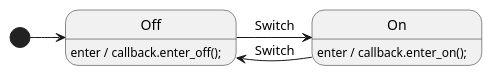
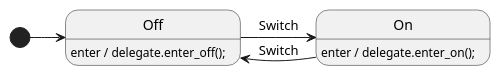
The diagram in docs/languages/java/Lightbulb.puml (StateSmith/StateSmith), drawn with PlantUML before and after one commit. The commit also changed 5 other files, not shown here.

```diff
--- a/docs/languages/java/Lightbulb.puml
+++ b/docs/languages/java/Lightbulb.puml
@@ -1,12 +1,12 @@
 @startuml
 [*] -> Off
 Off -> On : Switch
 On -> Off : Switch
 
 ' Use actions to call functions on various triggers, 
 ' such as entering or exiting a state.
 ' You can call these functions whatever you want.
 ' You will define these functions in your callback.
-Off: enter / callback.enter_off();
-On: enter / callback.enter_on();
+Off: enter / delegate.enter_off();
+On: enter / delegate.enter_on();
 @enduml
```
